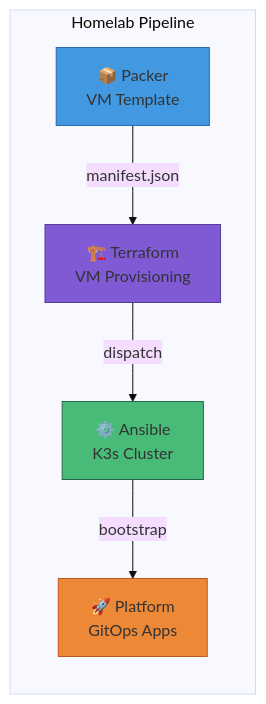
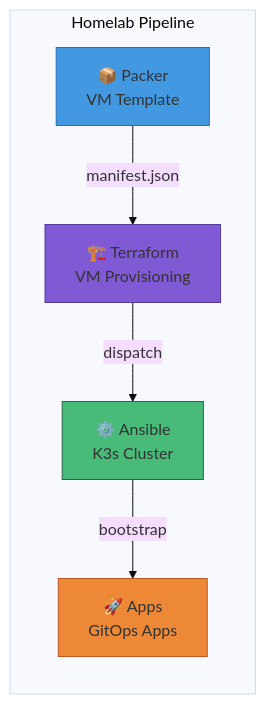
Before and after one commit to Starktastic-Homelab/terraform: the fourth of 4 diagrams in README.md, drawn with Mermaid (base theme). The commit also changed other lines of this file, not shown here.

First line of the commit message:
refactor: update README for platform → apps rename (#147) [skip ci]

````diff
--- a/README.md
+++ b/README.md
@@ -260,19 +260,19 @@
 ```mermaid
 flowchart TD
     subgraph Pipeline["Homelab Pipeline"]
         direction TB
         Packer["📦 Packer<br/>VM Template"]
         Terraform["🏗️ Terraform<br/>VM Provisioning"]
         Ansible["⚙️ Ansible<br/>K3s Cluster"]
-        Platform["🚀 Platform<br/>GitOps Apps"]
+        Apps["🚀 Apps<br/>GitOps Apps"]
     end
     
     Packer -->|manifest.json| Terraform
     Terraform -->|dispatch| Ansible
-    Ansible -->|bootstrap| Platform
+    Ansible -->|bootstrap| Apps
     
     style Packer fill:#4299e1,stroke:#2b6cb0
     style Terraform fill:#805ad5,stroke:#553c9a
     style Ansible fill:#48bb78,stroke:#276749
-    style Platform fill:#ed8936,stroke:#c05621
+    style Apps fill:#ed8936,stroke:#c05621
 ```
````
